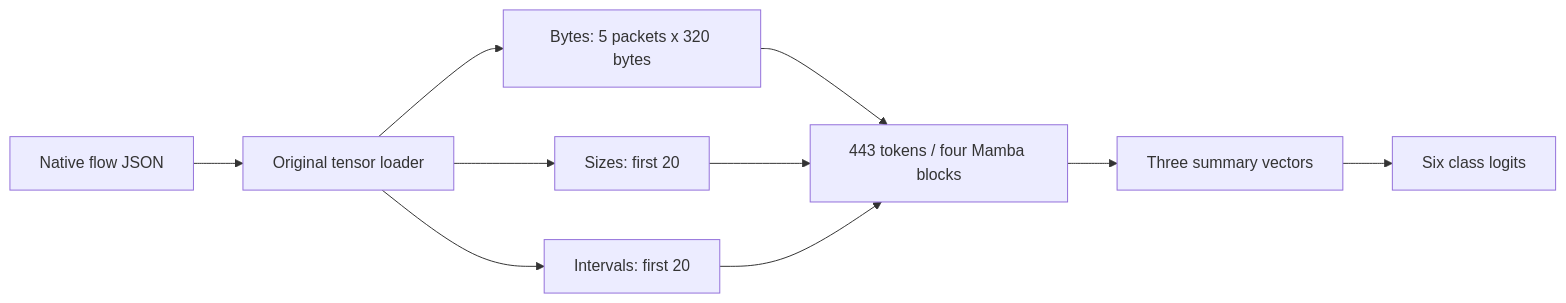
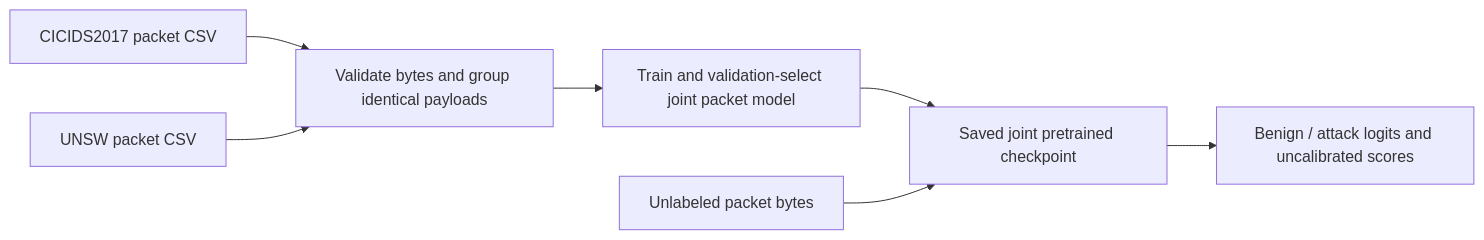
The diagram in README.md (buffbeefalo/netmambaplus-reproduction), drawn with Mermaid before and after one commit. The commit also changed other lines of this file and 50 other files, not shown here.

Commit message:
Make the two-CSV packet model the single client workflow

````diff
--- a/README.md
+++ b/README.md
@@ -43,12 +17,9 @@
 ```mermaid
 flowchart LR
-    A[Native flow JSON] --> B[Original tensor loader]
-    B --> C[Bytes: 5 packets x 320 bytes]
-    B --> D[Sizes: first 20]
-    B --> E[Intervals: first 20]
-    C --> F[443 tokens / four Mamba blocks]
-    D --> F
-    E --> F
-    F --> G[Three summary vectors]
-    G --> H[Six class logits]
+    C[CICIDS2017 packet CSV] --> P[Validate bytes and group identical payloads]
+    U[UNSW packet CSV] --> P
+    P --> T[Train and validation-select joint packet model]
+    T --> M[Saved joint pretrained checkpoint]
+    N[Unlabeled packet bytes] --> M
+    M --> O[Benign / attack logits and uncalibrated scores]
 ```
````
